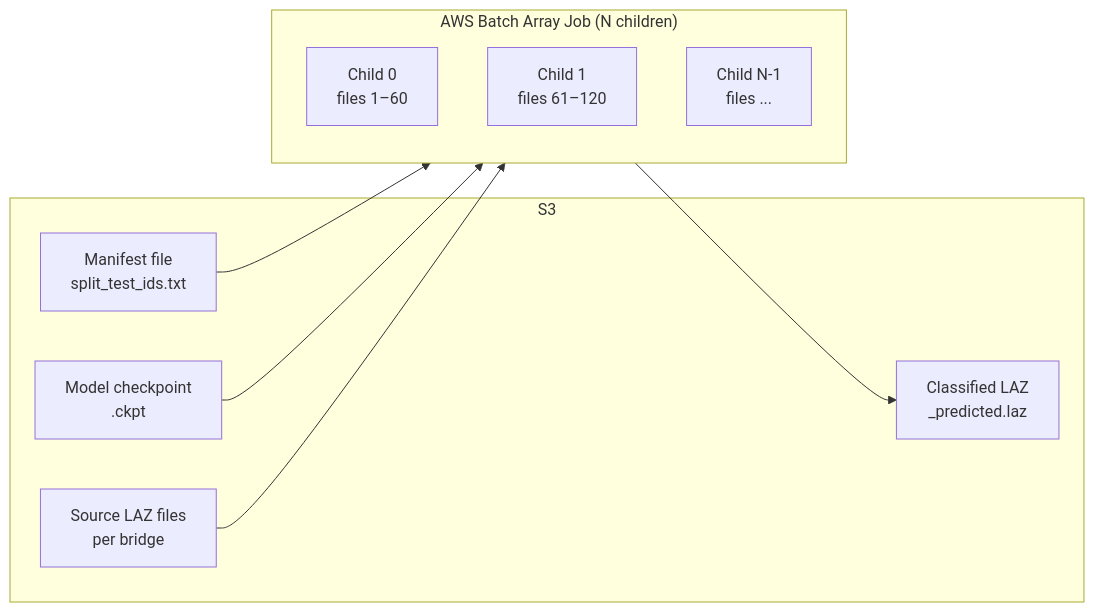
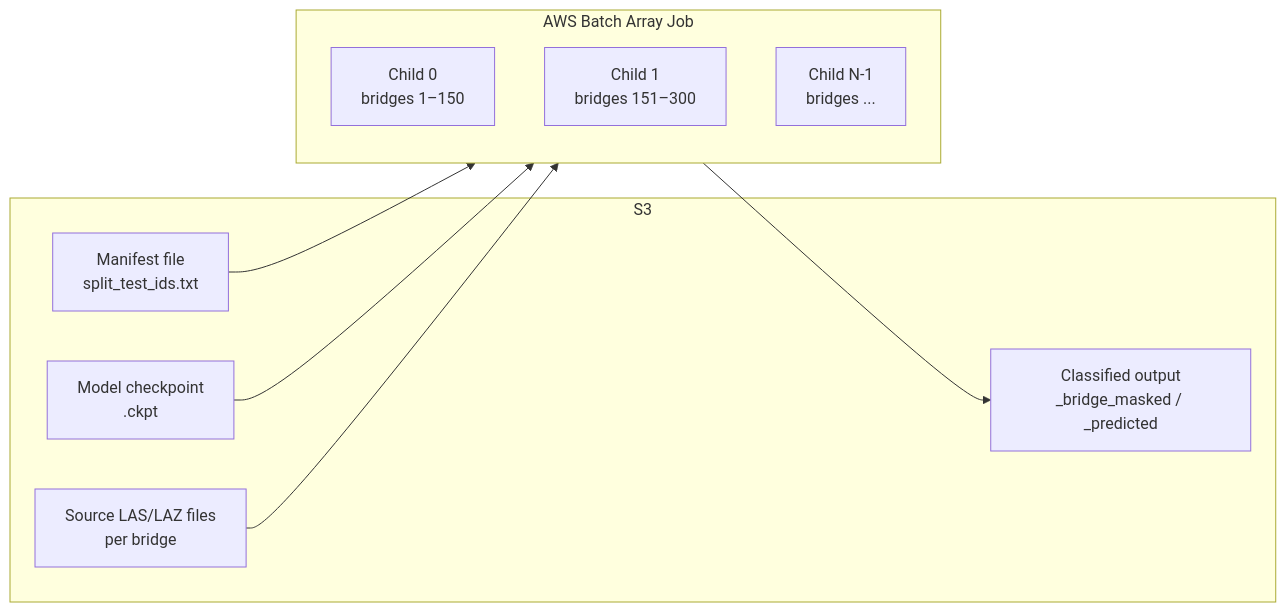
One commit to NGWPC/bridge-classification changed the diagram in docs/aws-batch-inference.md. Above: the diagram before and after it, drawn with Mermaid. The commit also changed other lines of this file and 14 other files, not shown here.

````diff
--- a/docs/aws-batch-inference.md
+++ b/docs/aws-batch-inference.md
@@ -22,20 +26,20 @@
 ```mermaid
 flowchart LR
   subgraph S3
     M[Manifest file<br/>split_test_ids.txt]
     CK[Model checkpoint<br/>.ckpt]
-    IN[Source LAZ files<br/>per bridge]
-    OUT[Classified LAZ<br/>_predicted.laz]
+    IN[Source LAS/LAZ files<br/>per bridge]
+    OUT[Classified output<br/>_bridge_masked / _predicted]
   end
 
-  subgraph Batch["AWS Batch Array Job (N children)"]
-    B0[Child 0<br/>files 1–60]
-    B1[Child 1<br/>files 61–120]
-    BN[Child N-1<br/>files ...]
+  subgraph Batch["AWS Batch Array Job"]
+    B0[Child 0<br/>bridges 1–150]
+    B1[Child 1<br/>bridges 151–300]
+    BN[Child N-1<br/>bridges ...]
   end
 
   M --> Batch
   CK --> Batch
   IN --> Batch
   Batch --> OUT
 ```
````
